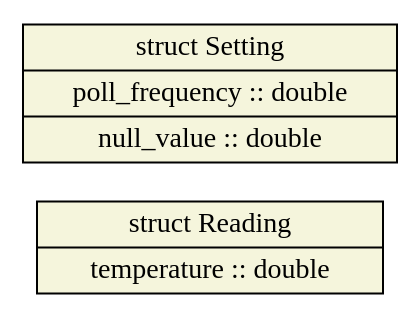
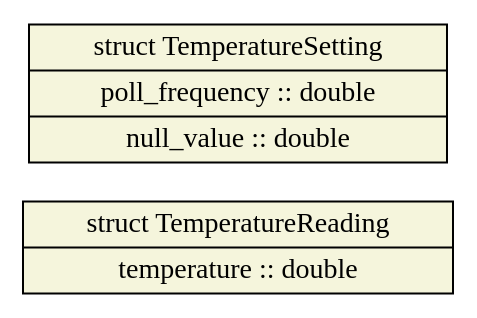
The diagram in docs/thrift/temp_sensor.gv (jkwong80/baa_messages), drawn with Graphviz before and after one commit. The commit also changed 38 other files, not shown here.

```diff
--- a/docs/thrift/temp_sensor.gv
+++ b/docs/thrift/temp_sensor.gv
@@ -1,9 +1,9 @@
 digraph "temp_sensor" {
 node [style=filled, shape=record];
 edge [arrowsize=0.5];
 rankdir=LR
 node [fillcolor=beige];
-Reading [label="struct Reading|<field_temperature>temperature :: double"];
+TemperatureReading [label="struct TemperatureReading|<field_temperature>temperature :: double"];
 node [fillcolor=beige];
-Setting [label="struct Setting|<field_poll_frequency>poll_frequency :: double|<field_null_value>null_value :: double"];
+TemperatureSetting [label="struct TemperatureSetting|<field_poll_frequency>poll_frequency :: double|<field_null_value>null_value :: double"];
 }
```
